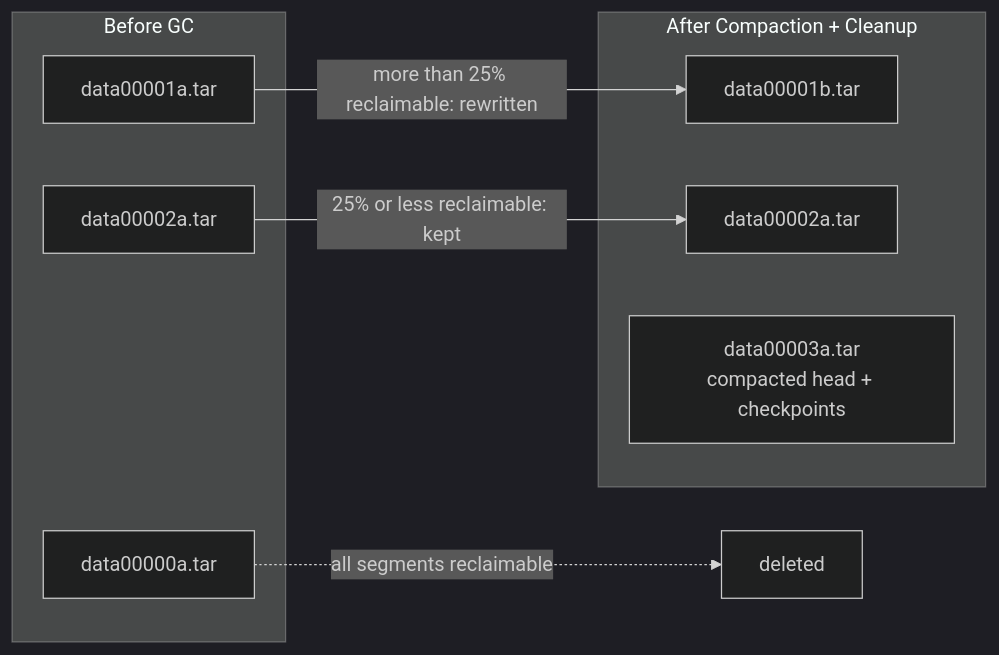
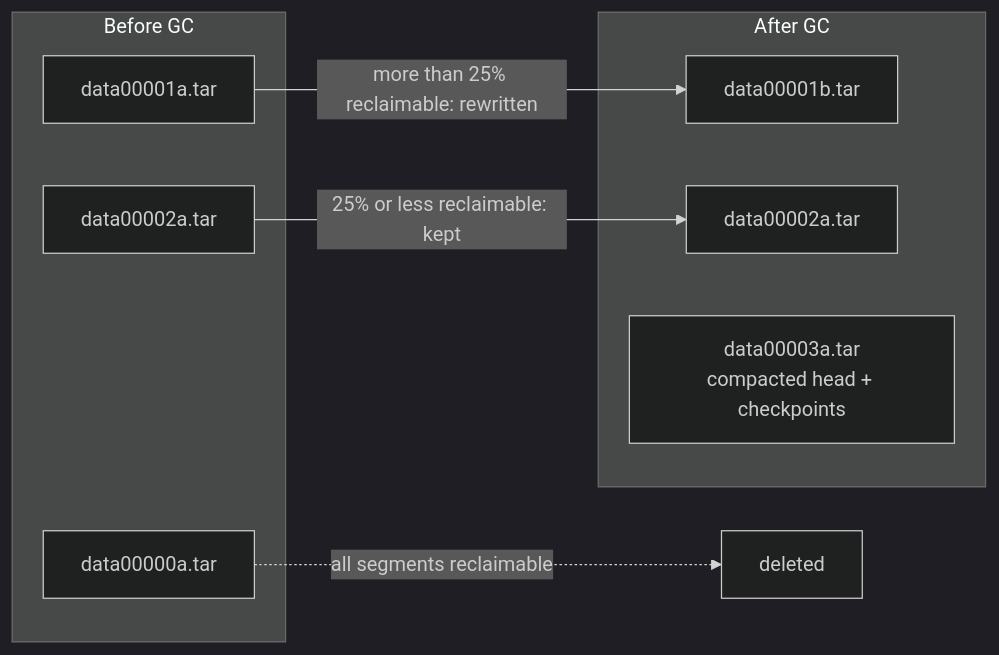
The diagram in docs/architecture/tar-files.md (somarc/oak-magnum-oakus), drawn with Mermaid (dark theme) before and after one commit. The commit also changed 24 other files, not shown here.

````diff
--- a/docs/architecture/tar-files.md
+++ b/docs/architecture/tar-files.md
@@ -190,18 +190,18 @@
 ```mermaid
 graph LR
     subgraph "Before GC"
         A1[data00000a.tar]
         A2[data00001a.tar]
         A3[data00002a.tar]
     end
     
-    subgraph "After Compaction + Cleanup"
+    subgraph "After GC"
         B1[data00001b.tar]
         B2[data00002a.tar]
         B3[data00003a.tar<br/>compacted head + checkpoints]
     end
     
     A1 -.-> |all segments reclaimable| D[deleted]
     A2 --> |more than 25% reclaimable: rewritten| B1
     A3 --> |25% or less reclaimable: kept| B2
 ```
````
